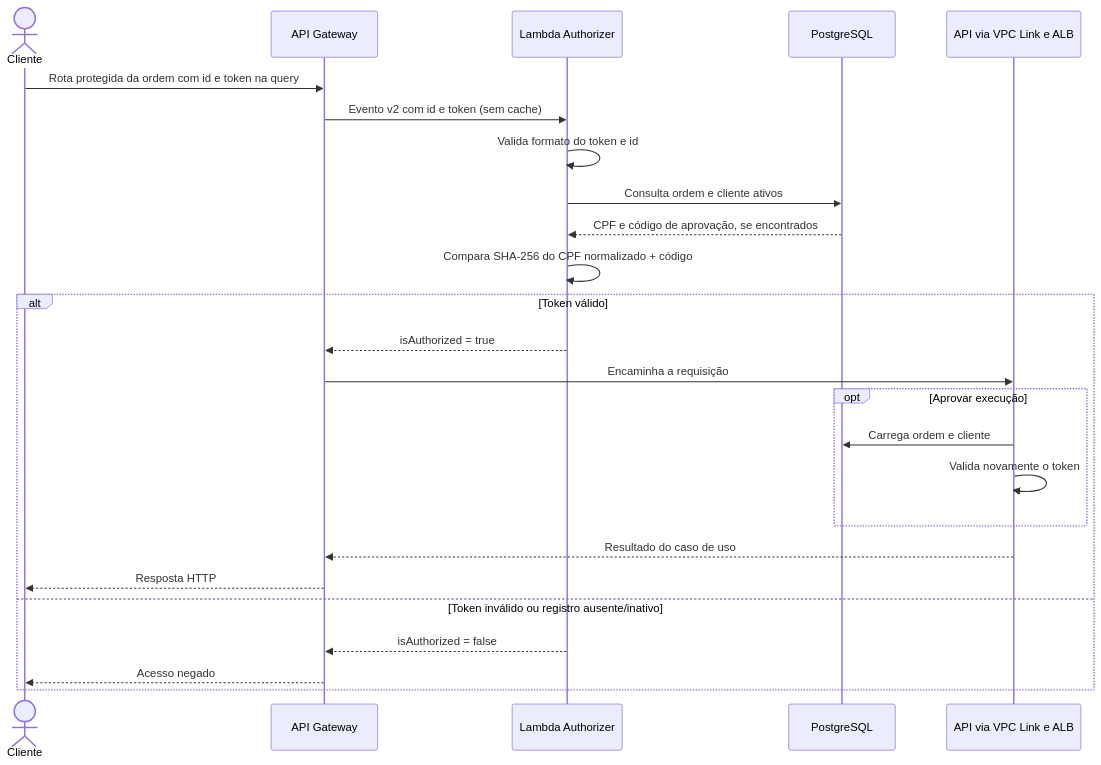
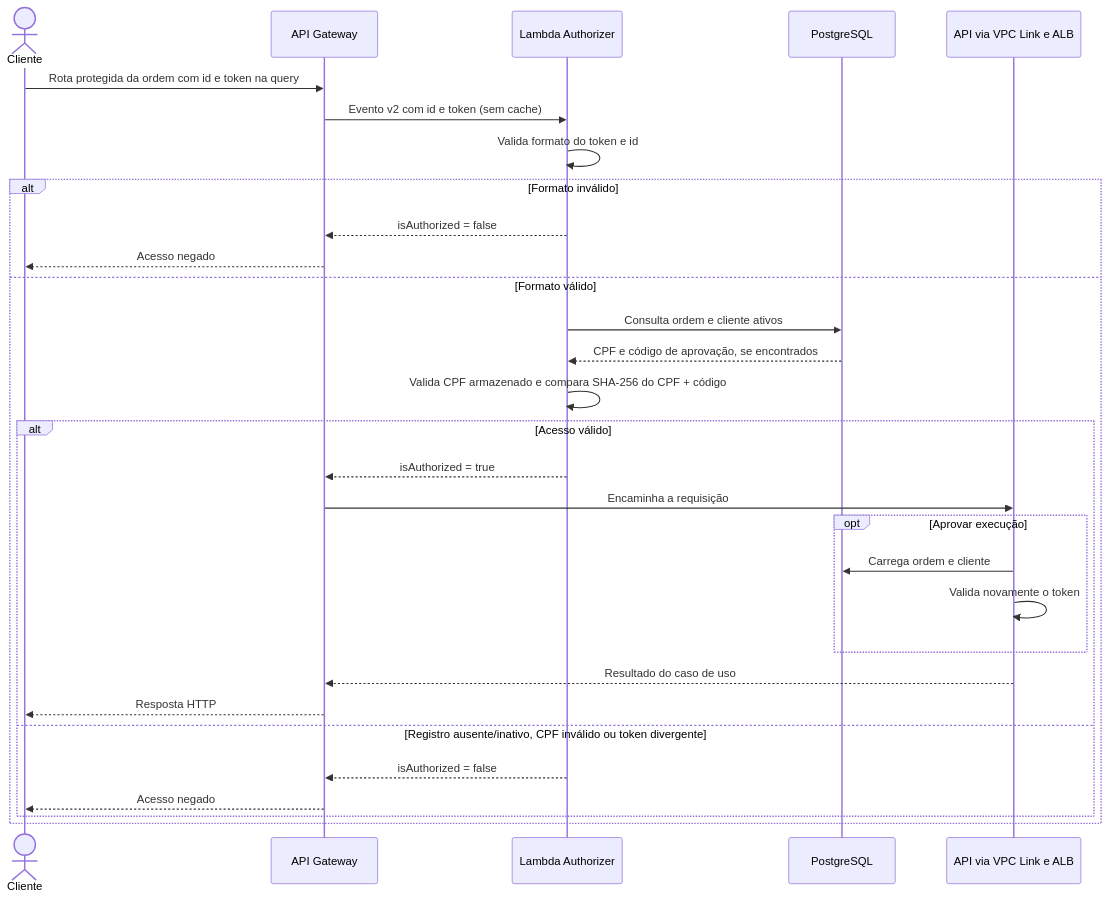
Before and after one commit to Maieru/fiap-tech-challenge: the second of 3 diagrams in docs/arquitetura/sequencias.md, drawn with Mermaid. The commit also changed other lines of this file and 3 other files, not shown here.

````diff
--- a/docs/arquitetura/sequencias.md
+++ b/docs/arquitetura/sequencias.md
@@ -35,27 +37,32 @@
 ```mermaid
 sequenceDiagram
     actor Cliente
     participant Gateway as API Gateway
     participant Lambda as Lambda Authorizer
     participant Banco as PostgreSQL
     participant API as API via VPC Link e ALB
     Cliente->>Gateway: Rota protegida da ordem com id e token na query
     Gateway->>Lambda: Evento v2 com id e token (sem cache)
     Lambda->>Lambda: Valida formato do token e id
-    Lambda->>Banco: Consulta ordem e cliente ativos
-    Banco-->>Lambda: CPF e código de aprovação, se encontrados
-    Lambda->>Lambda: Compara SHA-256 do CPF normalizado + código
-    alt Token válido
-        Lambda-->>Gateway: isAuthorized = true
-        Gateway->>API: Encaminha a requisição
-        opt Aprovar execução
-            API->>Banco: Carrega ordem e cliente
-            API->>API: Valida novamente o token
-        end
-        API-->>Gateway: Resultado do caso de uso
-        Gateway-->>Cliente: Resposta HTTP
-    else Token inválido ou registro ausente/inativo
+    alt Formato inválido
         Lambda-->>Gateway: isAuthorized = false
         Gateway-->>Cliente: Acesso negado
+    else Formato válido
+        Lambda->>Banco: Consulta ordem e cliente ativos
+        Banco-->>Lambda: CPF e código de aprovação, se encontrados
+        Lambda->>Lambda: Valida CPF armazenado e compara SHA-256 do CPF + código
+        alt Acesso válido
+            Lambda-->>Gateway: isAuthorized = true
+            Gateway->>API: Encaminha a requisição
+            opt Aprovar execução
+                API->>Banco: Carrega ordem e cliente
+                API->>API: Valida novamente o token
+            end
+            API-->>Gateway: Resultado do caso de uso
+            Gateway-->>Cliente: Resposta HTTP
+        else Registro ausente/inativo, CPF inválido ou token divergente
+            Lambda-->>Gateway: isAuthorized = false
+            Gateway-->>Cliente: Acesso negado
+        end
     end
 ```
````
